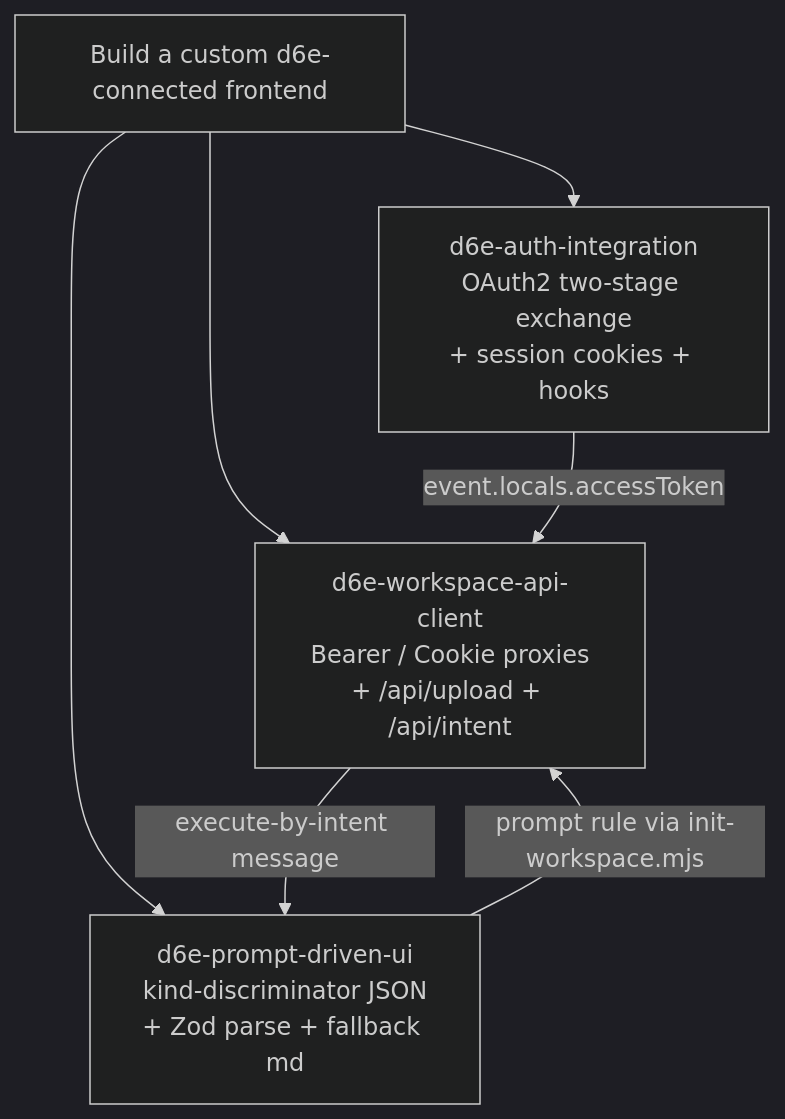
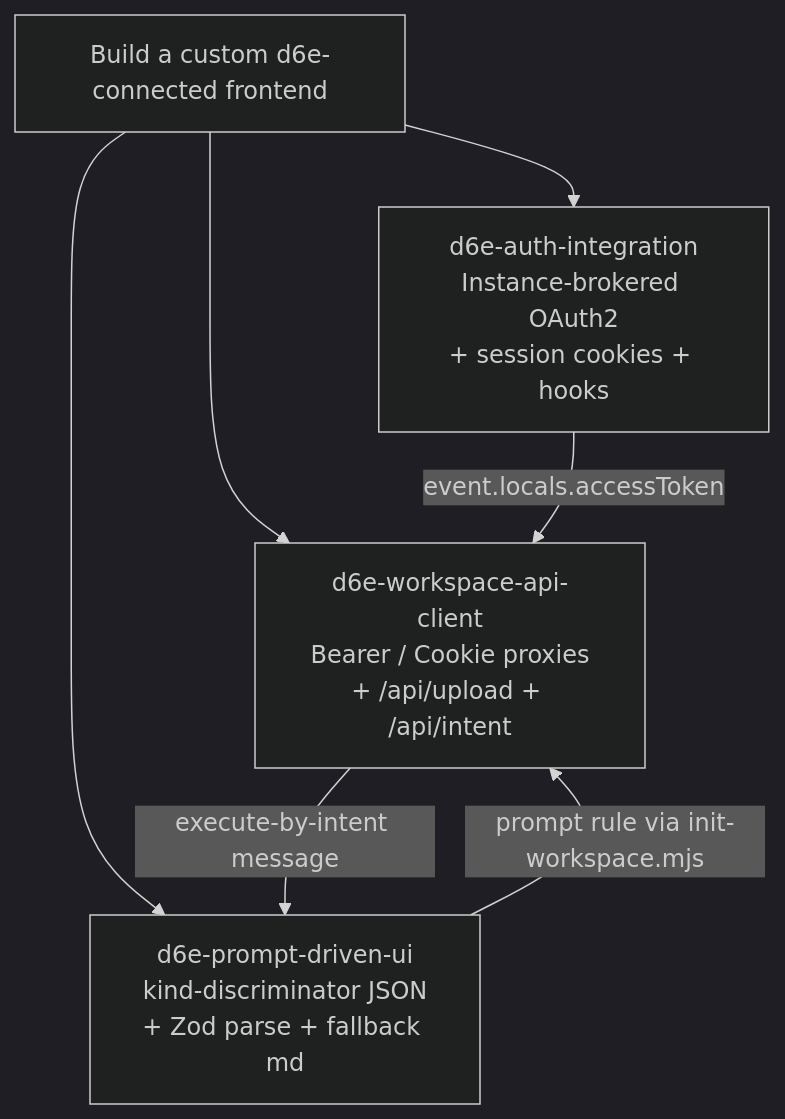
The diagram in skills/README.md (d6e-ai/d6e-ai-keiri-example), drawn with Mermaid (dark theme) before and after one commit. The commit also changed other lines of this file and 12 other files, not shown here.

First line of the commit message:
Switch end-user login to instance-brokered token exchange

````diff
--- a/skills/README.md
+++ b/skills/README.md
@@ -22,14 +22,14 @@
 ```mermaid
 flowchart TB
     UserGoal["Build a custom d6e-connected frontend"]
-    AuthSkill["d6e-auth-integration<br/>OAuth2 two-stage exchange<br/>+ session cookies + hooks"]
+    AuthSkill["d6e-auth-integration<br/>Instance-brokered OAuth2<br/>+ session cookies + hooks"]
     ApiSkill["d6e-workspace-api-client<br/>Bearer / Cookie proxies<br/>+ /api/upload + /api/intent"]
     PromptSkill["d6e-prompt-driven-ui<br/>kind-discriminator JSON<br/>+ Zod parse + fallback md"]
 
     UserGoal --> AuthSkill
     UserGoal --> ApiSkill
     UserGoal --> PromptSkill
     AuthSkill -->|"event.locals.accessToken"| ApiSkill
     ApiSkill -->|"execute-by-intent message"| PromptSkill
     PromptSkill -->|"prompt rule via init-workspace.mjs"| ApiSkill
 ```
````
